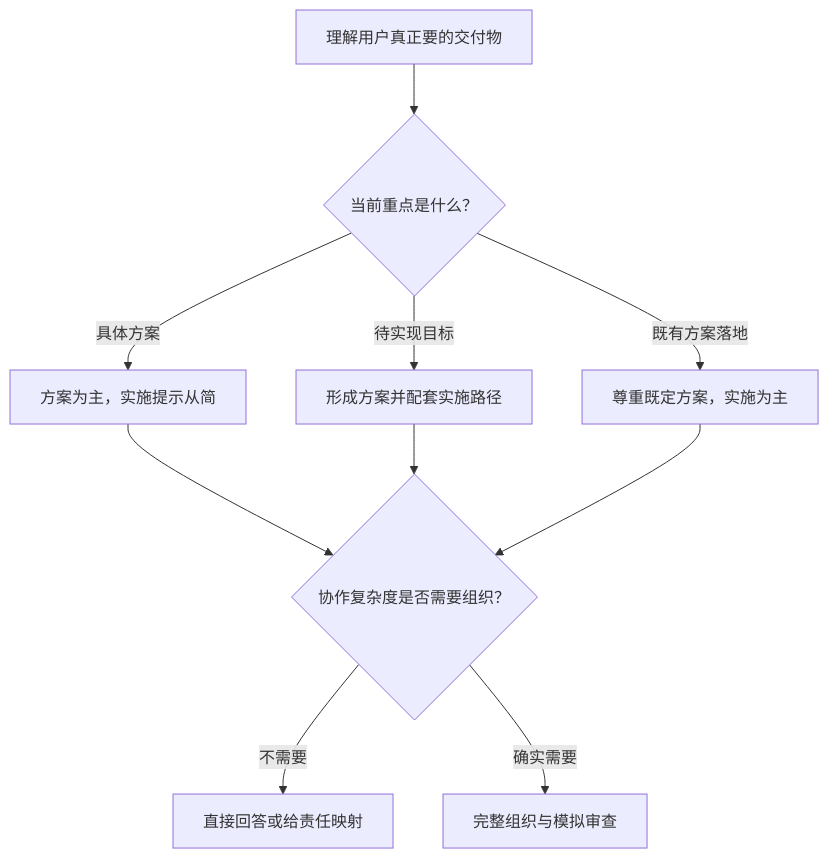
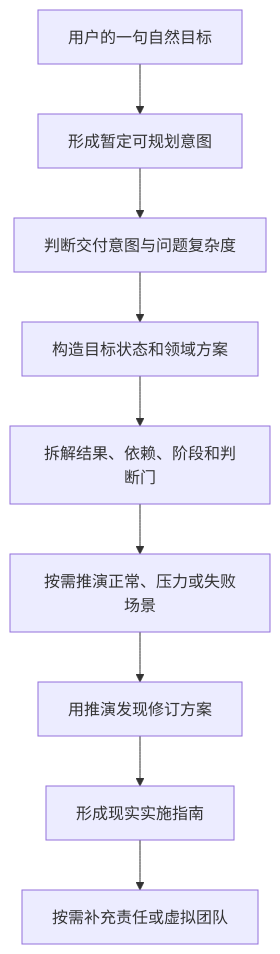
Before and after one commit to yantaolu/goal-orchestrator: the diagram in README.md, drawn with Mermaid. The commit also changed other lines of this file and 11 other files, not shown here.

````diff
--- a/README.md
+++ b/README.md
@@ -19,12 +17,11 @@
 ```mermaid
 flowchart TD
-    A["理解用户真正要的交付物"] --> B{"当前重点是什么？"}
-    B -- "具体方案" --> C["方案为主，实施提示从简"]
-    B -- "待实现目标" --> D["形成方案并配套实施路径"]
-    B -- "既有方案落地" --> E["尊重既定方案，实施为主"]
-    C --> F{"协作复杂度是否需要组织？"}
-    D --> F
-    E --> F
-    F -- "不需要" --> G["直接回答或给责任映射"]
-    F -- "确实需要" --> H["完整组织与模拟审查"]
+    A["用户的一句自然目标"] --> B["形成暂定可规划意图"]
+    B --> C["判断交付意图与问题复杂度"]
+    C --> D["构造目标状态和领域方案"]
+    D --> E["拆解结果、依赖、阶段和判断门"]
+    E --> F["按需推演正常、压力或失败场景"]
+    F --> G["用推演发现修订方案"]
+    G --> H["形成现实实施指南"]
+    H --> I["按需补充责任或虚拟团队"]
 ```
````
